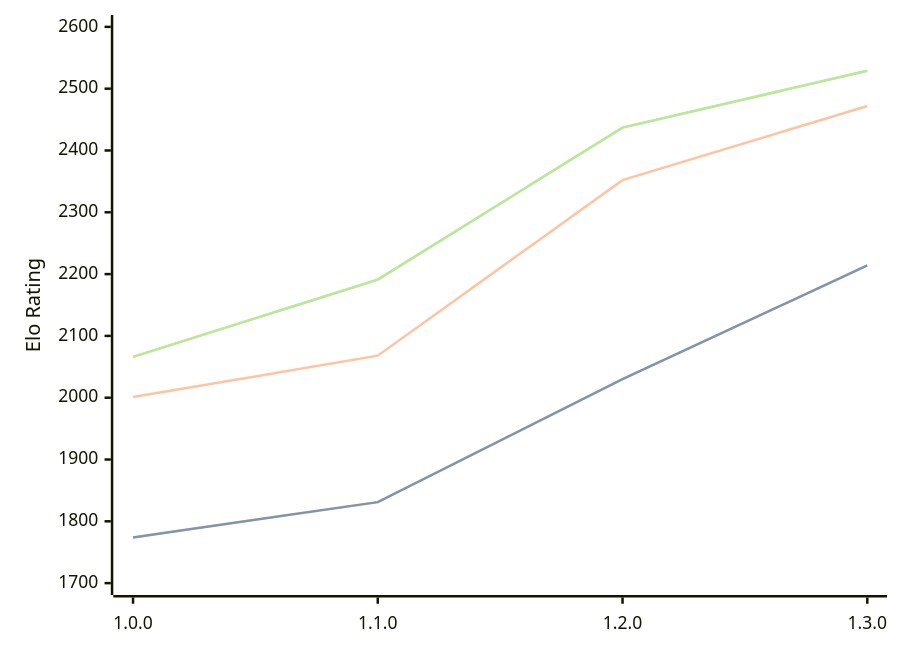
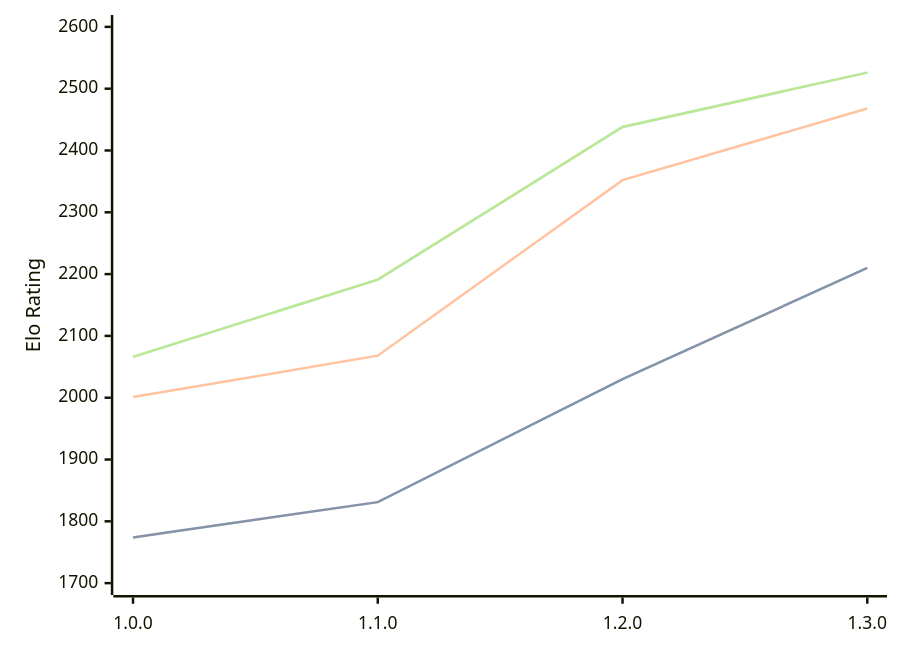
One commit to computer-chess-index/cci changed the diagram in engines/Anodos.md. Above: the diagram before and after it, drawn with Mermaid. The commit also changed other lines of this file, not shown here.

Commit message:
Update CCI Ratings (ELO VLTC) - 2026-03-13

````diff
--- a/engines/Anodos.md
+++ b/engines/Anodos.md
@@ -43,11 +43,11 @@
 ```mermaid
 %%{init: {"theme":"base","themeVariables":{"seriesColors:['#a3a3a3','#222221','#faa371']}}}%%
 xychart-beta
   x-axis ["1.0.0", "1.1.0", "1.2.0", "1.3.0"]
   y-axis "Elo Rating" 1700 --> 2600
-  line "STC (8.0+0.08s)" [1774, 1831, 2030, 2214]
-  line "STC (8.0+0.08s)" [1774, 1831, 2030, 2214]
-  line "LTC (60.0+0.60s)" [2001, 2068, 2352, 2472]
-  line "VLTC (2m24s+1.12s)" [2066, 2191, 2437, 2529]
-  line "VLTC (2m24s+1.12s)" [2066, 2191, 2437, 2529]
+  line "STC (8.0+0.08s)" [1774, 1831, 2030, 2210]
+  line "STC (8.0+0.08s)" [1774, 1831, 2030, 2210]
+  line "LTC (60.0+0.60s)" [2001, 2068, 2352, 2468]
+  line "VLTC (2m24s+1.12s)" [2066, 2191, 2438, 2526]
+  line "VLTC (2m24s+1.12s)" [2066, 2191, 2438, 2526]
 ```
````
